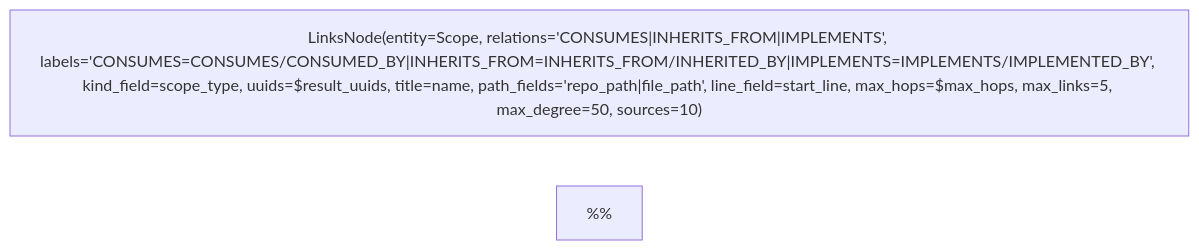
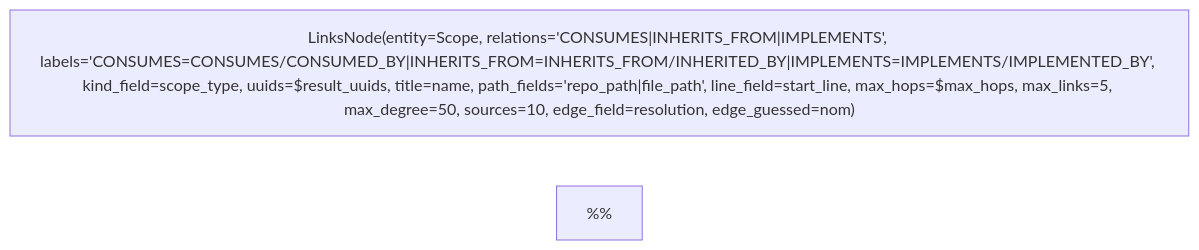
Before and after one commit to L-Defraiteur/rag3db: the diagram in extension/rag3weaver/templates/tools/links.mmd, drawn with Mermaid. The commit also changed 12 other files, not shown here.

First line of the commit message:
feat(liens, usages): une arête devinée ne se suit pas dans Liens, et se dit dans usages ; un appel par chemin vaut un import

```diff
--- a/extension/rag3weaver/templates/tools/links.mmd
+++ b/extension/rag3weaver/templates/tools/links.mmd
@@ -1,19 +1,22 @@
 %% tool: links
 %% description: Comment les résultats d'une recherche se relient dans le graphe du code : les plus courts chemins entre eux, à deux sauts par défaut (quatre au plus), sans passer par un utilitaire appelé de partout. Un arbre par nom le plus relié (la forme du graphe de dépendances), rien quand ils ne se relient pas. Fait pour un crochet après outil (`after`, `results_port`) : la section n'existe que si le manifeste la déclare.
 %% param: result_uuids json = [] -- Les uuid des résultats de l'outil, dans l'ordre (le crochet les passe).
 %% param: max_hops int = 2 -- Longueur maximale d'un lien, 1 à 4. Deux par défaut : à quatre, presque tout se relie par des utilitaires moyens.
 %% result: links.result
 
 graph LR
-    links["LinksNode(entity=Scope, relations='CONSUMES|INHERITS_FROM|IMPLEMENTS', labels='CONSUMES=CONSUMES/CONSUMED_BY|INHERITS_FROM=INHERITS_FROM/INHERITED_BY|IMPLEMENTS=IMPLEMENTS/IMPLEMENTED_BY', kind_field=scope_type, uuids=$result_uuids, title=name, path_fields='repo_path|file_path', line_field=start_line, max_hops=$max_hops, max_links=5, max_degree=50, sources=10)"]
+    links["LinksNode(entity=Scope, relations='CONSUMES|INHERITS_FROM|IMPLEMENTS', labels='CONSUMES=CONSUMES/CONSUMED_BY|INHERITS_FROM=INHERITS_FROM/INHERITED_BY|IMPLEMENTS=IMPLEMENTS/IMPLEMENTED_BY', kind_field=scope_type, uuids=$result_uuids, title=name, path_fields='repo_path|file_path', line_field=start_line, max_hops=$max_hops, max_links=5, max_degree=50, sources=10, edge_field=resolution, edge_guessed=nom)"]
 
 %% Le schéma de code (src/code.rs) : `CONSUMES` (appel, usage d'un type,
 %% import), `INHERITS_FROM`, `IMPLEMENTS`, entre `Scope`. Les deux sens sont
 %% suivis : « A utilise X, qu'utilise aussi B » relie A et B. Le nœud est
 %% générique : il ne sait rien de ces relations.
 %%
 %% Le branchement, éteint par défaut — à ajouter à l'outil `search_code` du
 %% manifeste (`templates/backends/code/backend.json`) pour l'allumer :
 %%   "after": {"graph": "../../tools/links.mmd", "title": "Liens",
 %%             "max_lines": 14,
 %%             "results_port": {"node": "render", "port": "results"}}
+%% Les arêtes devinées (`resolution = nom` : le rendez-vous les a posées par
+%% le seul nom, sans type ni import qui confirme) ne sont pas suivies ; une
+%% arête sans marque (base d'avant la colonne) est suivie.
```
